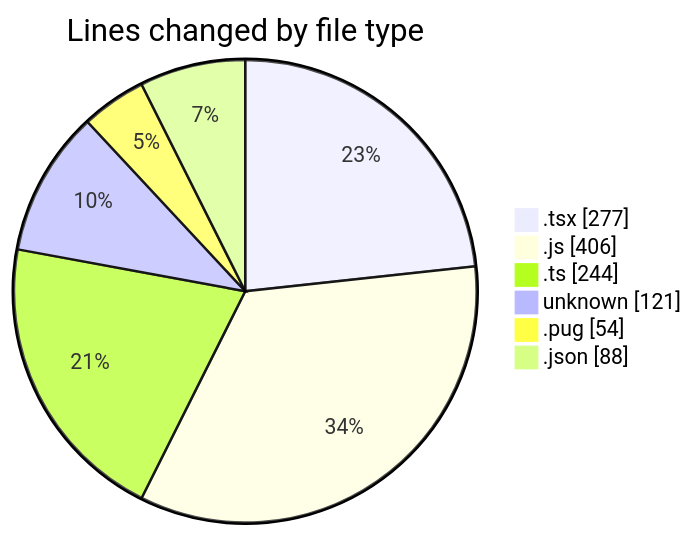
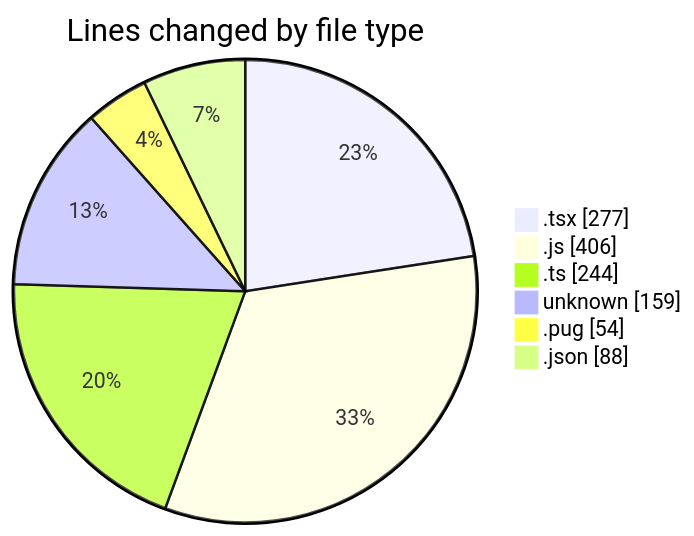
The first of 2 diagrams in 2026-06-03/cda/README.md (momahboobian/code-tracking), drawn with Mermaid before and after one commit. The commit also changed other lines of this file and 1 other file, not shown here.

````diff
--- a/2026-06-03/cda/README.md
+++ b/2026-06-03/cda/README.md
@@ -28,10 +29,10 @@
 ```mermaid
 pie showData
 title Lines changed by file type
 ".tsx" : 277
 ".js" : 406
 ".ts" : 244
-"unknown" : 121
+"unknown" : 159
 ".pug" : 54
 ".json" : 88
 ```
````
